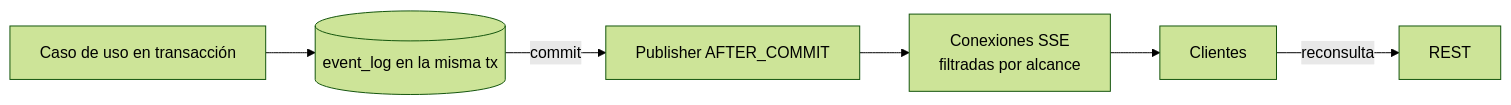
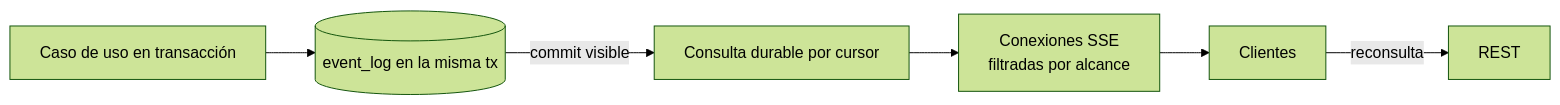
One commit to canoezequiel7k-sys/Somphie-Z-rich changed the diagram in docs/03-arquitectura/tiempo-real.md. Above: the diagram before and after it, drawn with Mermaid (forest theme). The commit also changed other lines of this file and 39 other files, not shown here.

````diff
--- a/docs/03-arquitectura/tiempo-real.md
+++ b/docs/03-arquitectura/tiempo-real.md
@@ -34,8 +34,8 @@
 ```mermaid
 flowchart LR
   UC[Caso de uso en transacción] --> EVL[(event_log en la misma tx)]
-  EVL -->|commit| PUB[Publisher AFTER_COMMIT]
-  PUB --> SSE[Conexiones SSE<br/>filtradas por alcance]
+  EVL -->|commit visible| POLL[Consulta durable por cursor]
+  POLL --> SSE[Conexiones SSE<br/>filtradas por alcance]
   SSE --> CL[Clientes]
   CL -->|reconsulta| API[REST]
 ```
````
